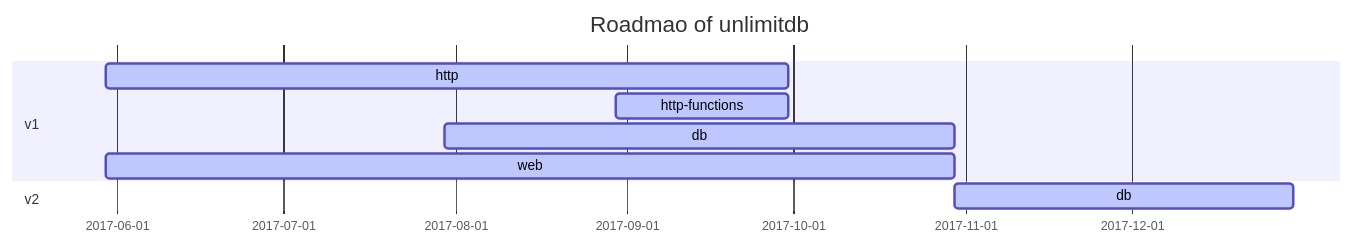
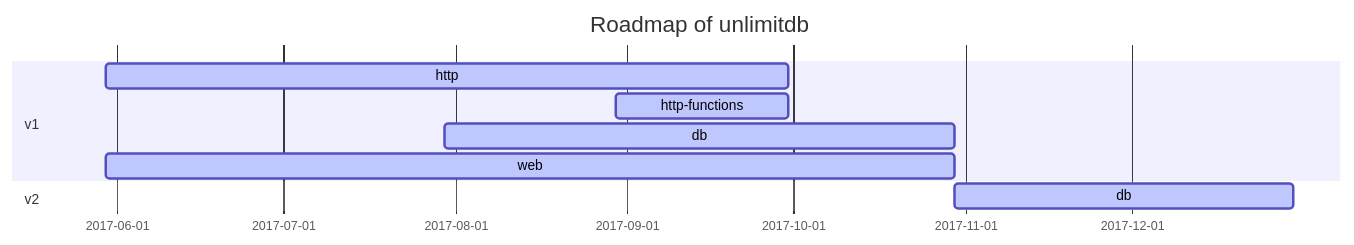
The diagram in README.md (heineiuo/unlimit), drawn with Mermaid before and after one commit.

Commit message:
readme: fix mistake

````diff
--- a/README.md
+++ b/README.md
@@ -19,13 +19,13 @@
 ```mermaid
 gantt
     dateFormat  YYYY-MM-DD
-    title Roadmao of unlimitdb
+    title Roadmap of unlimitdb
     section v1
         http     :active, 2017-05-30, 2017-09-30
         http-functions : active, 2017-08-30, 2017-09-30
         db     :active, 2017-07-30, 2017-10-30
         web  :  active, 2017-05-30, 2017-10-30
     section v2
         db     :active, 2017-10-30, 2017-12-30
     
 ```
````
